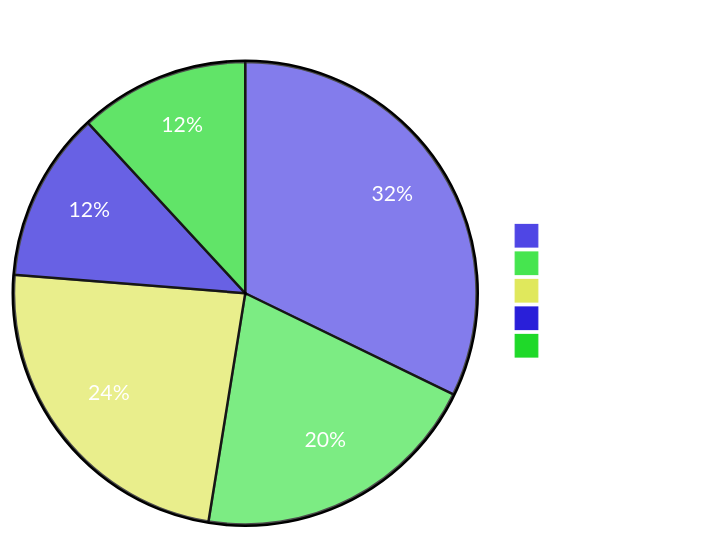
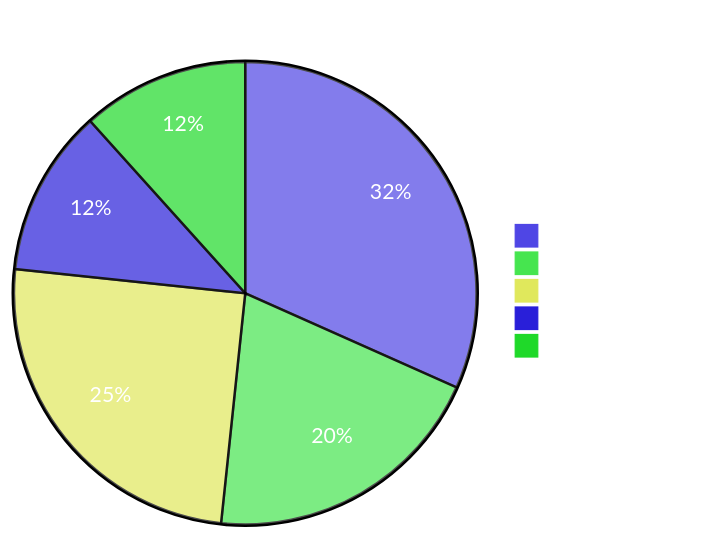
Before and after one commit to Neal75418/afterclose: the second of 3 diagrams in docs/RULE_ENGINE.md, drawn with Mermaid. The commit also changed other lines of this file and 53 other files, not shown here.

````diff
--- a/docs/RULE_ENGINE.md
+++ b/docs/RULE_ENGINE.md
@@ -35,9 +35,9 @@
 ```mermaid
 %%{init: {'theme': 'base', 'themeVariables': {'primaryColor': '#4F46E5', 'primaryTextColor': '#fff', 'primaryBorderColor': '#3730A3', 'pieOuterStrokeWidth': '2px', 'fontSize': '14px'}}}%%
-pie showData title 59 條規則分佈
+pie showData title 60 條規則分佈
     "技術型態 (19)" : 19
     "價量訊號 (12)" : 12
-    "基本面 (14)" : 14
+    "基本面 (15)" : 15
     "籌碼面 (7)" : 7
     "殺手級功能 (7)" : 7
 ```
````
